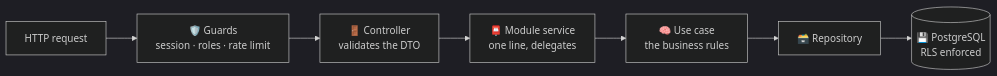
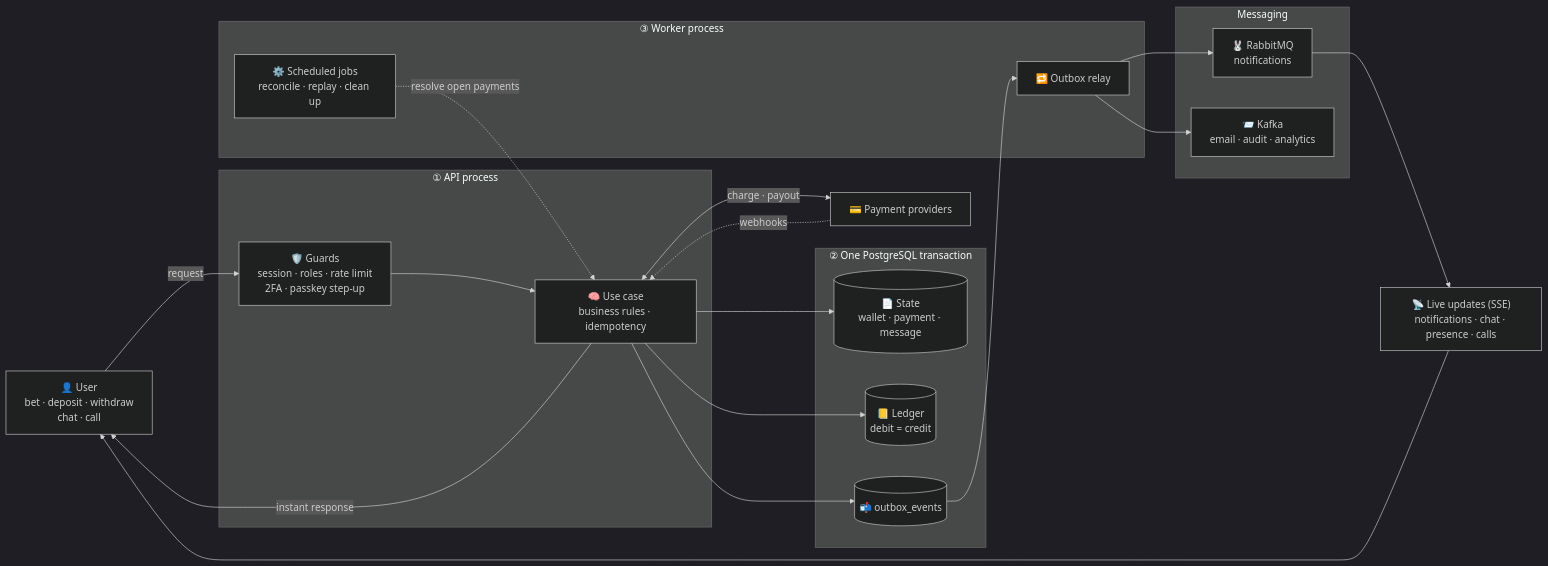
The second of 2 diagrams in README.md (yavarguliyev/fin_ledger), drawn with Mermaid (dark theme) before and after one commit. The commit also changed other lines of this file and 19 other files, not shown here.

````diff
--- a/README.md
+++ b/README.md
@@ -155,9 +159,42 @@
 ```mermaid
 flowchart LR
-    Req["HTTP request"] --> Guard["🛡️ Guards<br/>session · roles · rate limit"]
-    Guard --> Ctrl["🚪 Controller<br/>validates the DTO"]
-    Ctrl --> Svc["📮 Module service<br/>one line, delegates"]
-    Svc --> UC["🧠 Use case<br/>the business rules"]
-    UC --> Repo["🗃️ Repository"]
-    Repo --> DB[("💾 PostgreSQL<br/>RLS enforced")]
+    User["👤 User<br/>bet · deposit · withdraw<br/>chat · call"]
+    PSP["💳 Payment providers"]
+
+    subgraph Step1["① API process"]
+        Guard["🛡️ Guards<br/>session · roles · rate limit<br/>2FA · passkey step-up"]
+        UC["🧠 Use case<br/>business rules · idempotency"]
+    end
+
+    subgraph Step2["② One PostgreSQL transaction"]
+        State[("📄 State<br/>wallet · payment · message")]
+        Ledger[("📒 Ledger<br/>debit = credit")]
+        Outbox[("📬 outbox_events")]
+    end
+
+    subgraph Step3["③ Worker process"]
+        Relay["🔁 Outbox relay"]
+        Jobs["⚙️ Scheduled jobs<br/>reconcile · replay · clean up"]
+    end
+
+    subgraph Messaging["Messaging"]
+        Rabbit["🐰 RabbitMQ<br/>notifications"]
+        Kafka["📨 Kafka<br/>email · audit · analytics"]
+    end
+
+    Live["📡 Live updates (SSE)<br/>notifications · chat · presence · calls"]
+
+    User -->|request| Guard --> UC
+    UC <-->|charge · payout| PSP
+    UC --> State
+    UC --> Ledger
+    UC --> Outbox
+    UC -->|instant response| User
+    Outbox --> Relay
+    Relay --> Rabbit
+    Relay --> Kafka
+    Rabbit --> Live
+    Live --> User
+    PSP -.->|webhooks| UC
+    Jobs -.->|resolve open payments| UC
 ```
````
